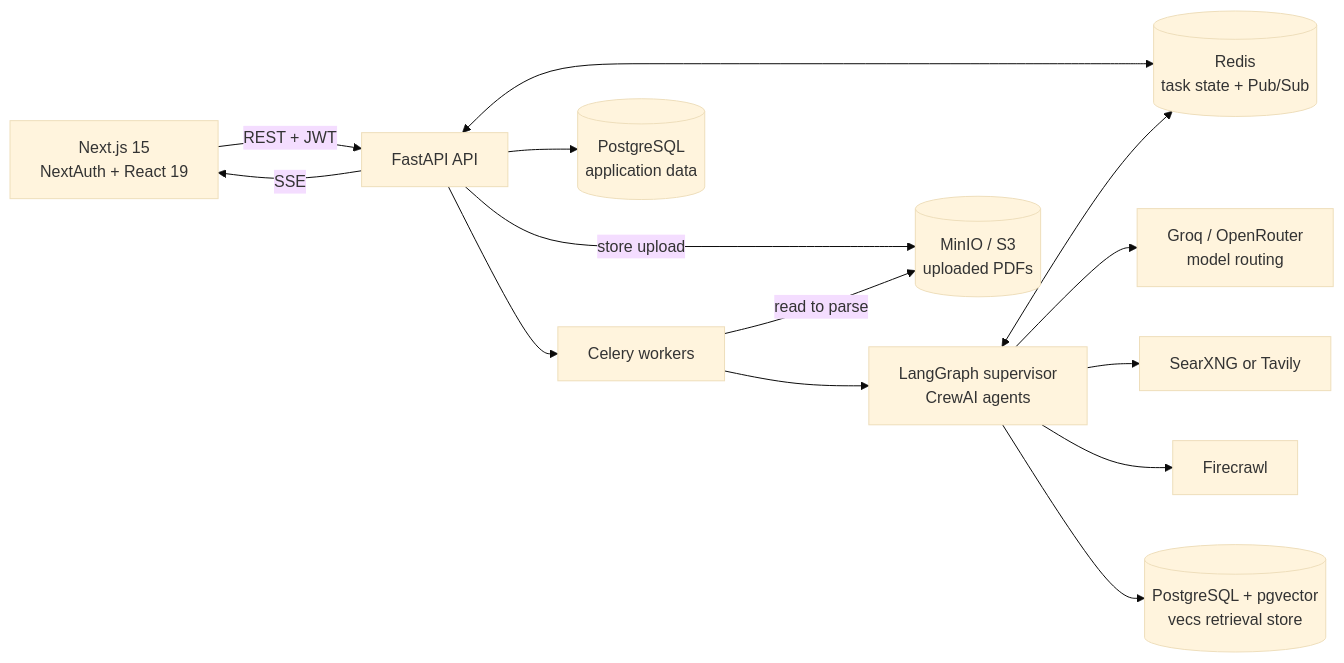
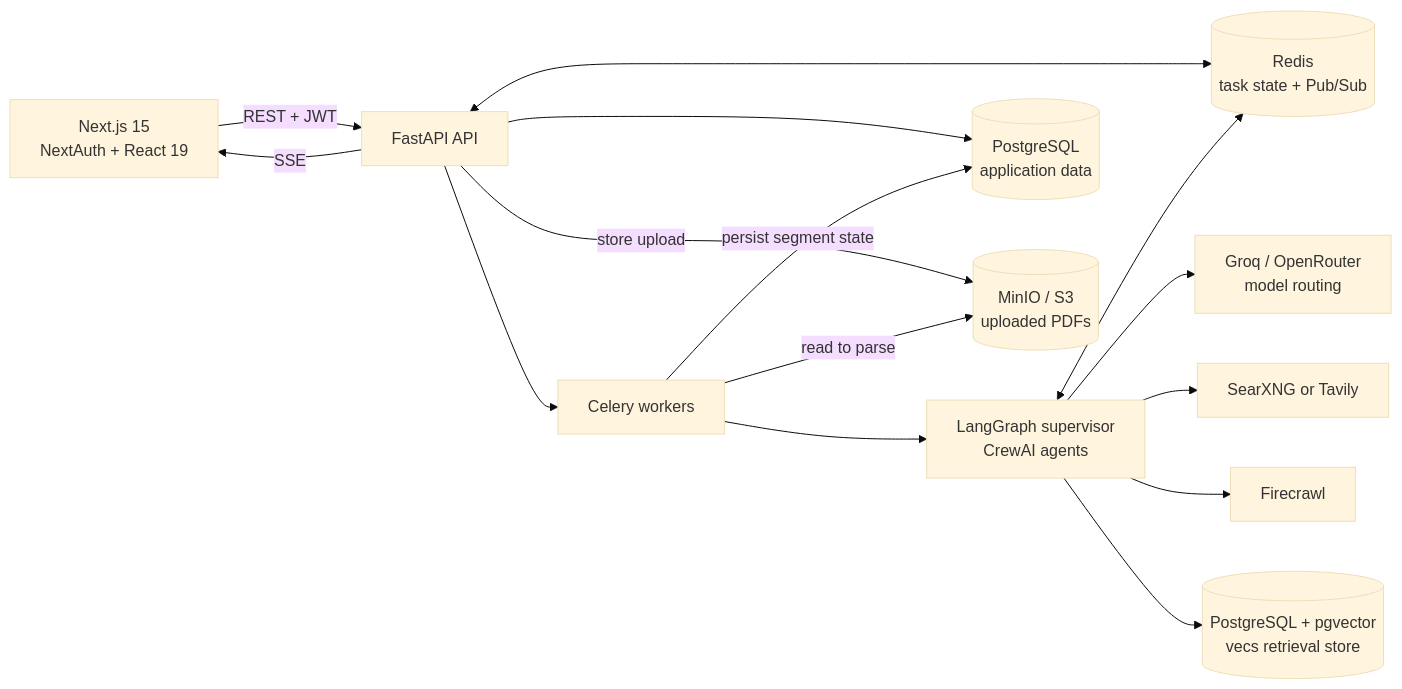
Before and after one commit to befikadusata/agentic-research-factory: the diagram in README.md, drawn with Mermaid (base theme). The commit also changed other lines of this file and 8 other files, not shown here.

````diff
--- a/README.md
+++ b/README.md
@@ -44,28 +44,29 @@
 ```mermaid
 flowchart LR
     UI["Next.js 15<br/>NextAuth + React 19"]
     API["FastAPI API"]
     Worker["Celery workers"]
     Graph["LangGraph supervisor<br/>CrewAI agents"]
     Redis[("Redis<br/>task state + Pub/Sub")]
     AppDB[("PostgreSQL<br/>application data")]
     VectorDB[("PostgreSQL + pgvector<br/>vecs retrieval store")]
     Files[("MinIO / S3<br/>uploaded PDFs")]
     Search["SearXNG or Tavily"]
     Scrape["Firecrawl"]
     Models["Groq / OpenRouter<br/>model routing"]
 
     UI -->|"REST + JWT"| API
     API -->|"SSE"| UI
     API --> AppDB
     API <--> Redis
     API --> Worker
+    Worker -->|"persist segment state"| AppDB
     API -->|"store upload"| Files
     Worker -->|"read to parse"| Files
     Worker --> Graph
     Graph <--> Redis
     Graph --> Models
     Graph --> Search
     Graph --> Scrape
     Graph --> VectorDB
 ```
````
